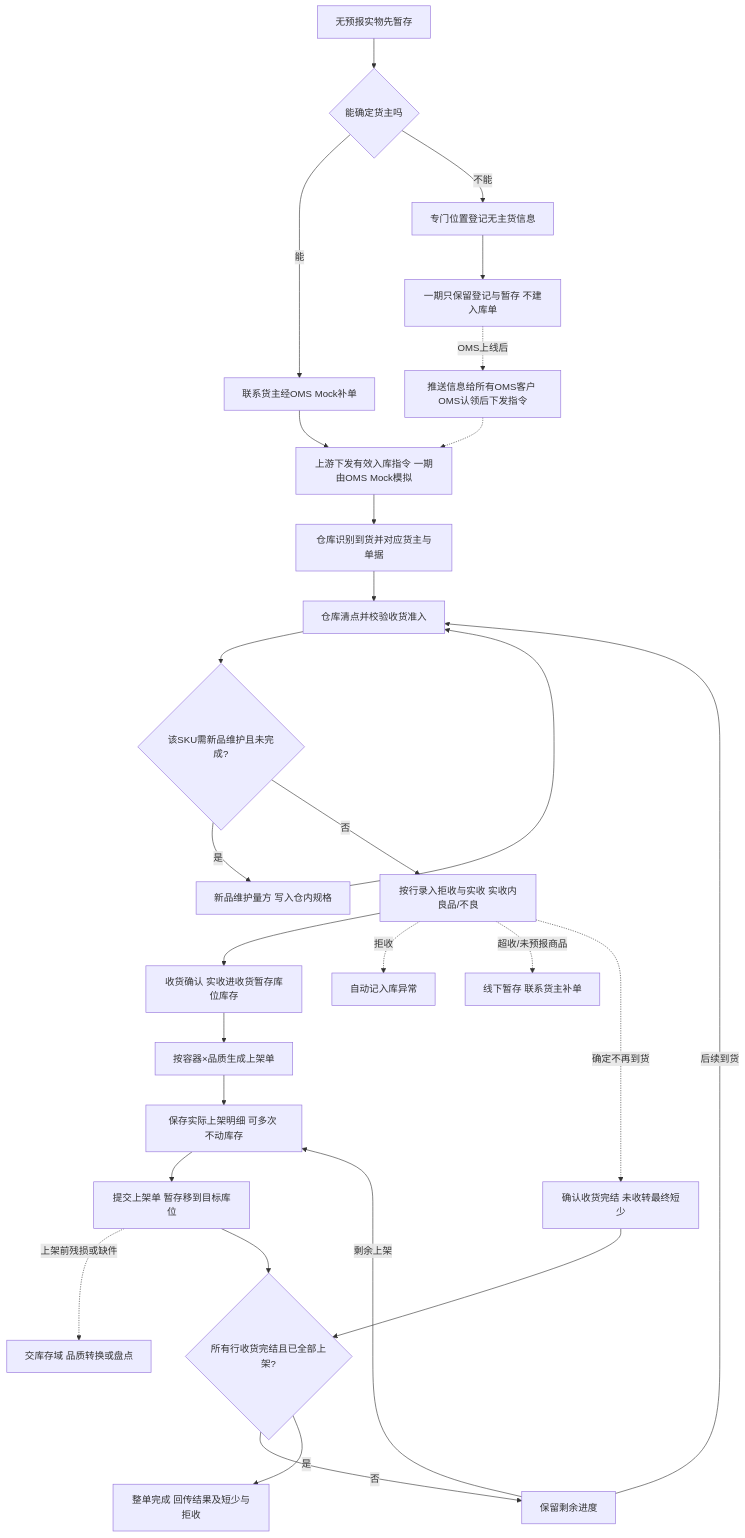
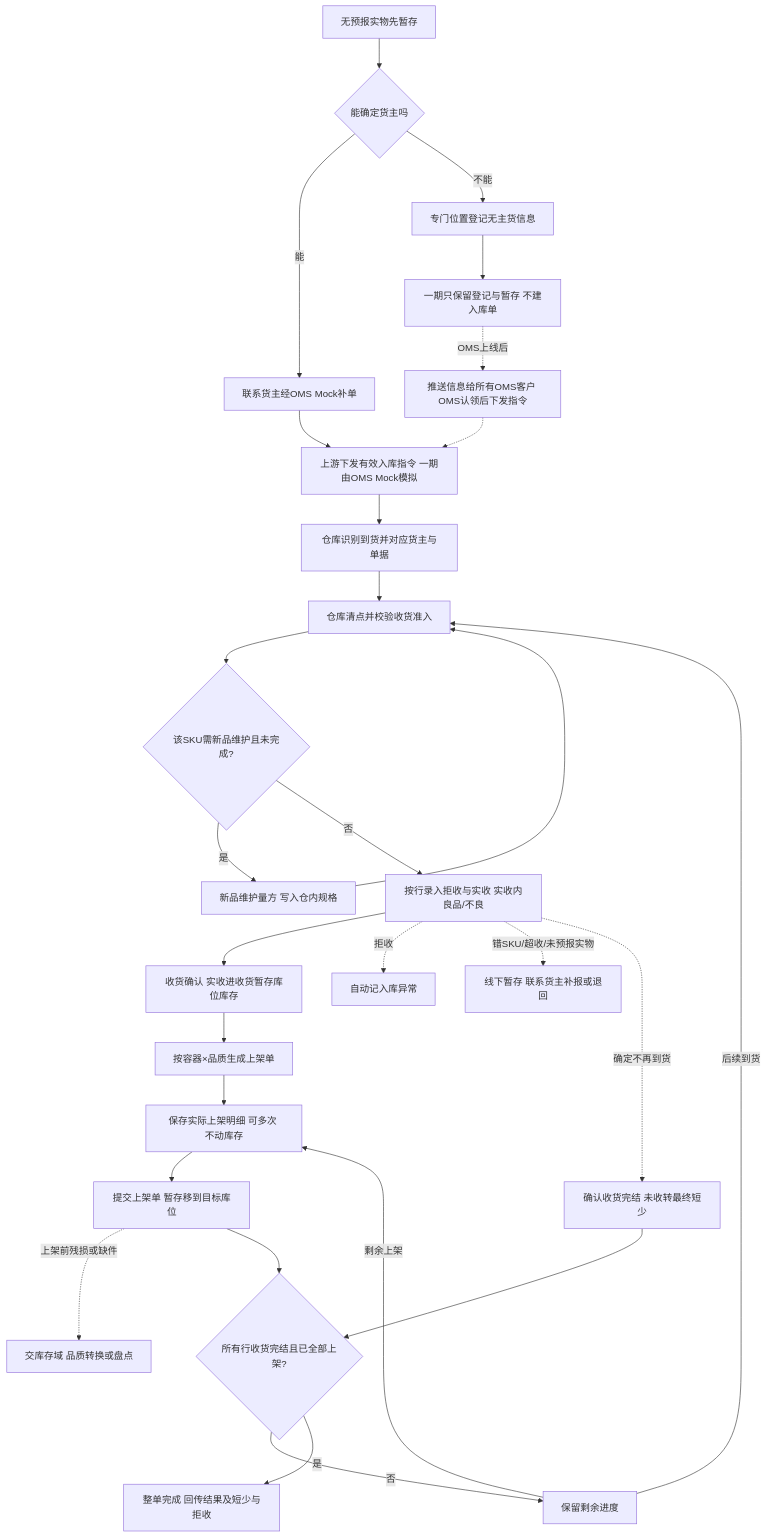
Before and after one commit to TopVitamin/QS-WMS-Project: the diagram in 04-业务分析和设计/02-入库业务设计.md, drawn with Mermaid. The commit also changed other lines of this file and 324 other files, not shown here.

````diff
--- a/04-业务分析和设计/02-入库业务设计.md
+++ b/04-业务分析和设计/02-入库业务设计.md
@@ -112,30 +112,30 @@
 ```mermaid
 flowchart TD
     A[上游下发有效入库指令 一期由OMS Mock模拟] --> B[仓库识别到货并对应货主与单据]
     U[无预报实物先暂存] --> C{能确定货主吗}
     C -->|能| D[联系货主经OMS Mock补单]
     D --> A
     C -->|不能| E[专门位置登记无主货信息]
     E --> F[一期只保留登记与暂存 不建入库单]
     F -.->|OMS上线后| FO[推送信息给所有OMS客户 OMS认领后下发指令]
     FO -.-> A
     B --> G[仓库清点并校验收货准入]
     G --> NM{该SKU需新品维护且未完成?}
     NM -->|是| NP[新品维护量方 写入仓内规格]
     NP --> G
     NM -->|否| RC[按行录入拒收与实收 实收内良品/不良]
     RC --> ST[收货确认 实收进收货暂存库位库存]
     ST --> PO[按容器×品质生成上架单]
     PO --> SV[保存实际上架明细 可多次 不动库存]
     SV --> SUB[提交上架单 暂存移到目标库位]
     SUB -.->|上架前残损或缺件| INV[交库存域 品质转换或盘点]
     RC -.->|拒收| DF[自动记入库异常]
-    RC -.->|超收/未预报商品| OX[线下暂存 联系货主补单]
+    RC -.->|错SKU/超收/未预报实物| OX[线下暂存 联系货主补报或退回]
     RC -.->|确定不再到货| CF[确认收货完结 未收转最终短少]
     SUB --> N{所有行收货完结且已全部上架?}
     CF --> N
     N -->|否| O[保留剩余进度]
     O -->|后续到货| G
     O -->|剩余上架| SV
     N -->|是| Q[整单完成 回传结果及短少与拒收]
 ```
````
